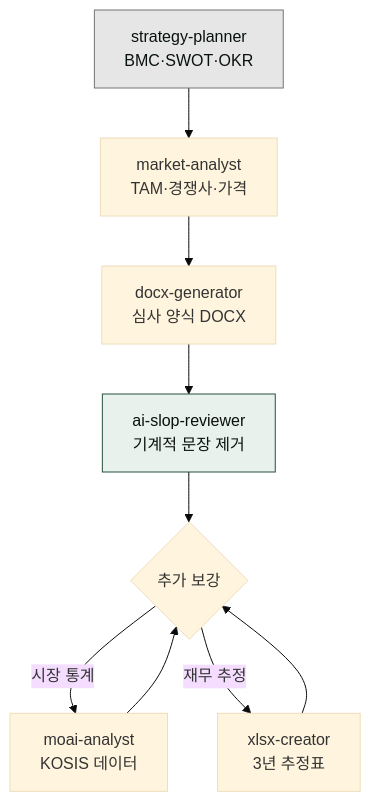
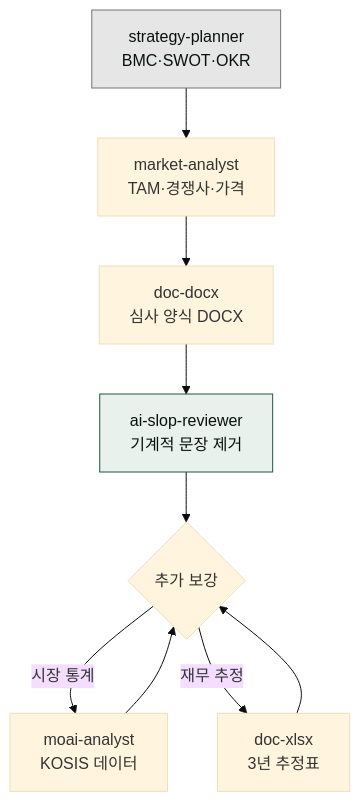
The first of 3 diagrams in www/content/cookbook/business-plan.md (modu-ai/cowork-plugins), drawn with Mermaid (base theme) before and after one commit. The commit also changed other lines of this file and 45 other files, not shown here.

First line of the commit message:
docs(www): 스킬명 정합 + 깨진 링크 수정 + mermaid 보강

````diff
--- a/www/content/cookbook/business-plan.md
+++ b/www/content/cookbook/business-plan.md
@@ -12,14 +12,14 @@
 ```mermaid
 flowchart TD
    A["strategy-planner<br/>BMC·SWOT·OKR"] --> B["market-analyst<br/>TAM·경쟁사·가격"]
-   B --> C["docx-generator<br/>심사 양식 DOCX"]
+   B --> C["doc-docx<br/>심사 양식 DOCX"]
    C --> D["ai-slop-reviewer<br/>기계적 문장 제거"]
    D --> E{"추가 보강"}
    E -- "시장 통계" --> F["moai-analyst<br/>KOSIS 데이터"]
-   E -- "재무 추정" --> G["xlsx-creator<br/>3년 추정표"]
+   E -- "재무 추정" --> G["doc-xlsx<br/>3년 추정표"]
    F --> E
    G --> E
 
    style A fill:#e6e6e6,stroke:#757575,color:#09110f
    style D fill:#e8f1ec,stroke:#265240,color:#09110f
 ```
````
